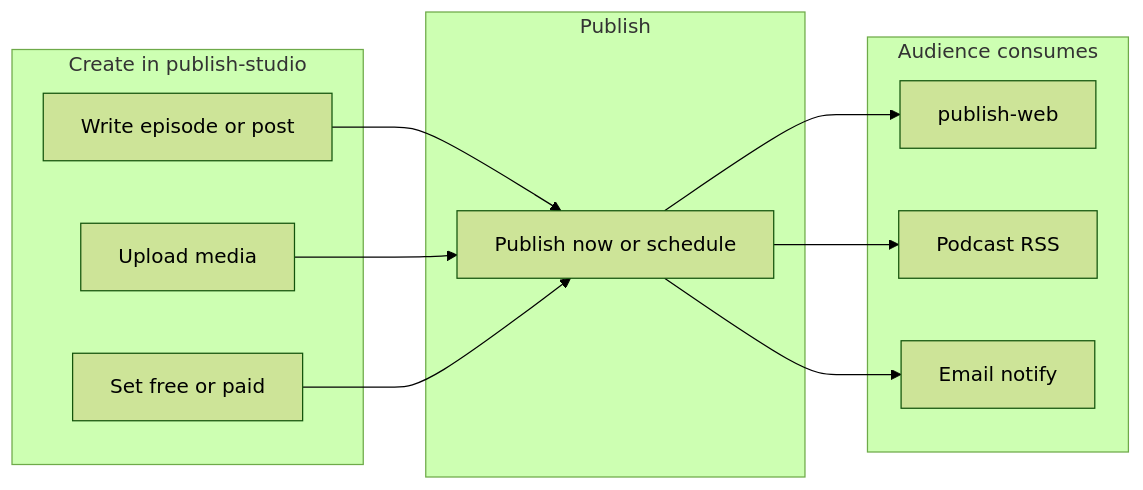
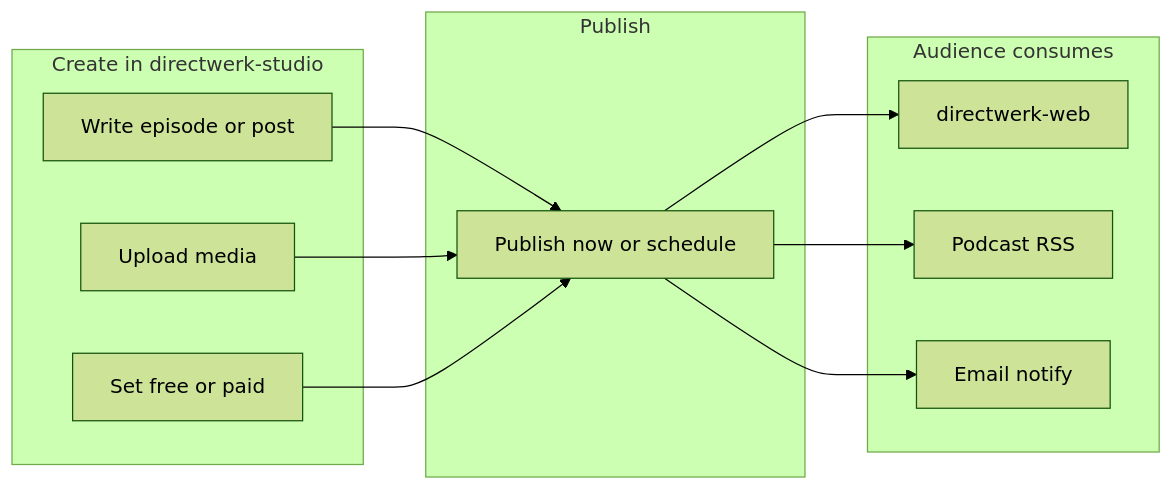
Before and after one commit to LucaNerlich/directwerk: the third of 5 diagrams in docs/content-platform-strategy.md, drawn with Mermaid (forest theme). The commit also changed other lines of this file and 495 other files, not shown here.

Commit message:
rename publish to directwerk

````diff
--- a/docs/content-platform-strategy.md
+++ b/docs/content-platform-strategy.md
@@ -199,25 +199,25 @@
 ```mermaid
 flowchart LR
-    subgraph create [Create in publish-studio]
+    subgraph create [Create in directwerk-studio]
         W[Write episode or post]
         U[Upload media]
         A[Set free or paid]
     end
 
     subgraph go [Publish]
         P[Publish now or schedule]
     end
 
     subgraph out [Audience consumes]
-        Site[publish-web]
+        Site[directwerk-web]
         RSS[Podcast RSS]
         Mail[Email notify]
     end
 
     W --> P
     U --> P
     A --> P
     P --> Site
     P --> RSS
     P --> Mail
 ```
````
